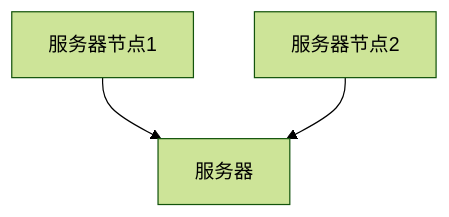
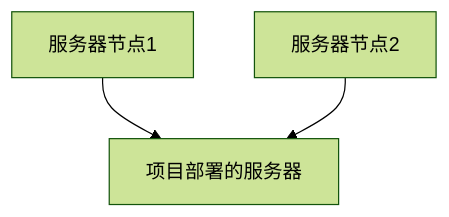
The fifth of 5 diagrams in Note/29-原理篇-定时任务.md (Zt2tzzt/dkd-parent), drawn with Mermaid (forest theme) before and after one commit. The commit also changed other lines of this file and 1 other file, not shown here.

````diff
--- a/Note/29-原理篇-定时任务.md
+++ b/Note/29-原理篇-定时任务.md
@@ -278,7 +278,7 @@
 ```mermaid
 graph TD
 	A[服务器节点1]
 	B[服务器节点2]
-	A --> C[服务器]
+	A --> C[项目部署的服务器]
 	B --> C
 ```
````
